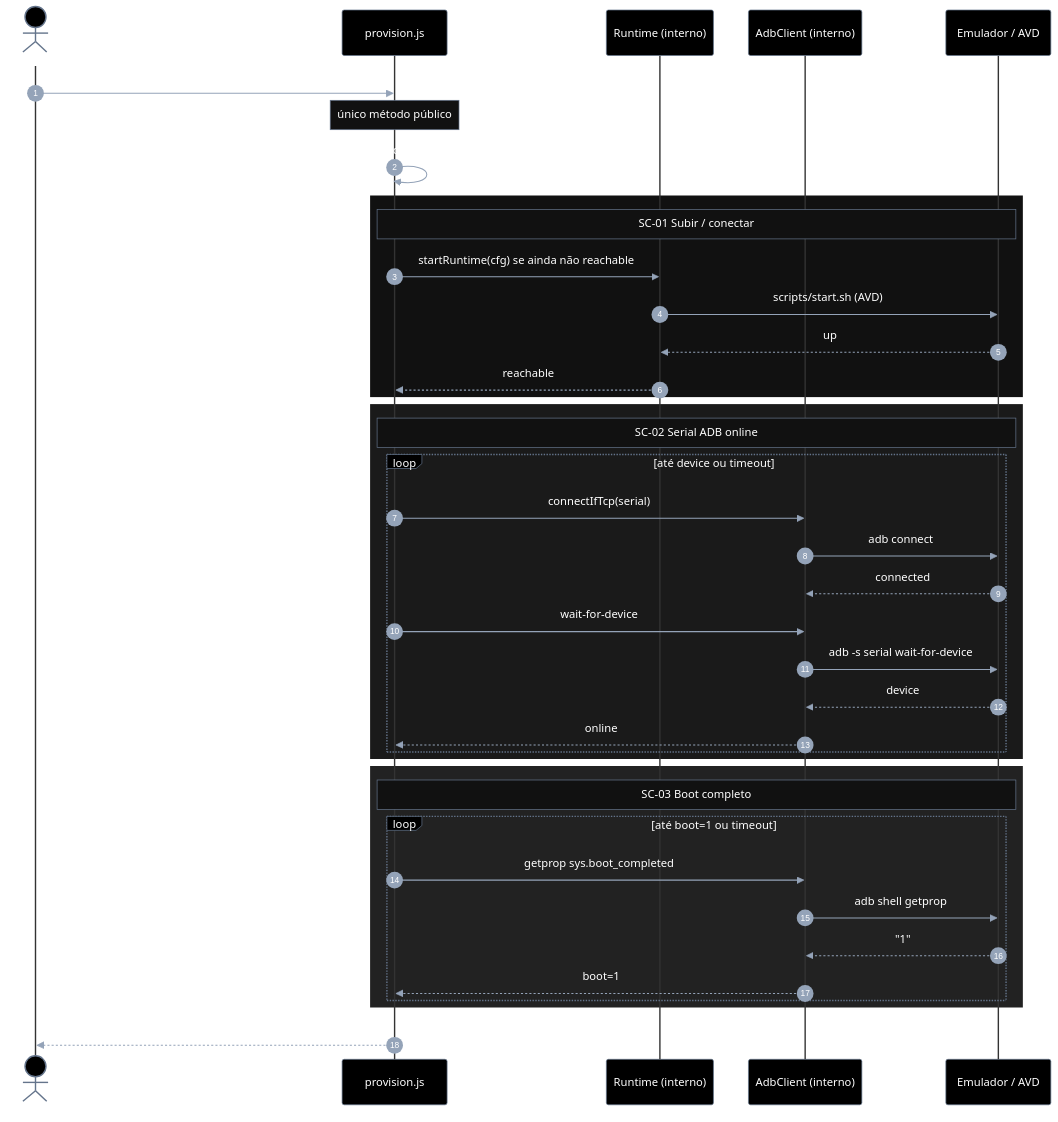
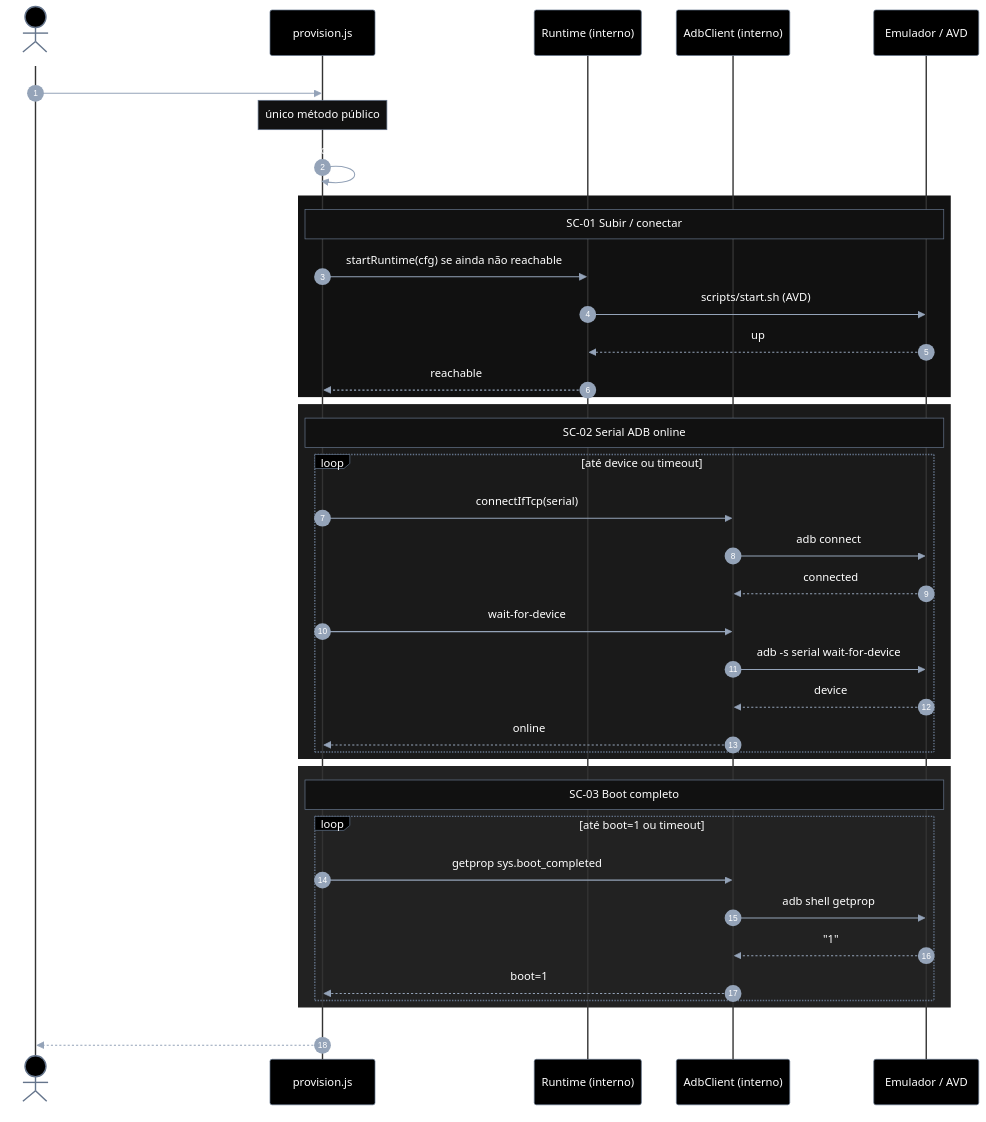
Before and after one commit to laerciogermano/workstation: the first of 2 diagrams in screen-robot/implementation-plan/EP-01-provisionar-agente.md, drawn with Mermaid. The commit also changed other lines of this file and 5 other files, not shown here.

````diff
--- a/screen-robot/implementation-plan/EP-01-provisionar-agente.md
+++ b/screen-robot/implementation-plan/EP-01-provisionar-agente.md
@@ -251,5 +251,5 @@
     end
   end
 
-  Lib-->>Dev: AgentHandle { serial, kind, provisionedAt, bootCompleted }
+  Lib-->>Dev: { serial, kind, provisionedAt, bootCompleted }
 ```
````
